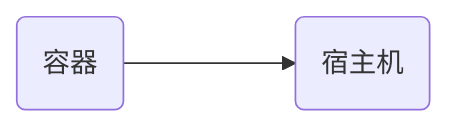
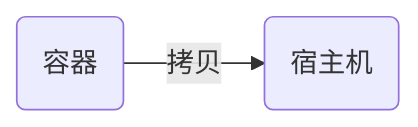
One commit to dmjcb/dmjcb.github.io changed the third of 3 diagrams in _posts/Software/Docker/2024-09-04-Docker指令.md. Above: the diagram before and after it, drawn with Mermaid. The commit also changed other lines of this file and 7 other files, not shown here.

````diff
--- a/_posts/Software/Docker/2024-09-04-Docker指令.md
+++ b/_posts/Software/Docker/2024-09-04-Docker指令.md
@@ -225,4 +216,4 @@
 ```mermaid
 graph LR;
-    R(容器)--->S(宿主机)
+    R(容器)--拷贝-->S(宿主机)
 ```
````
